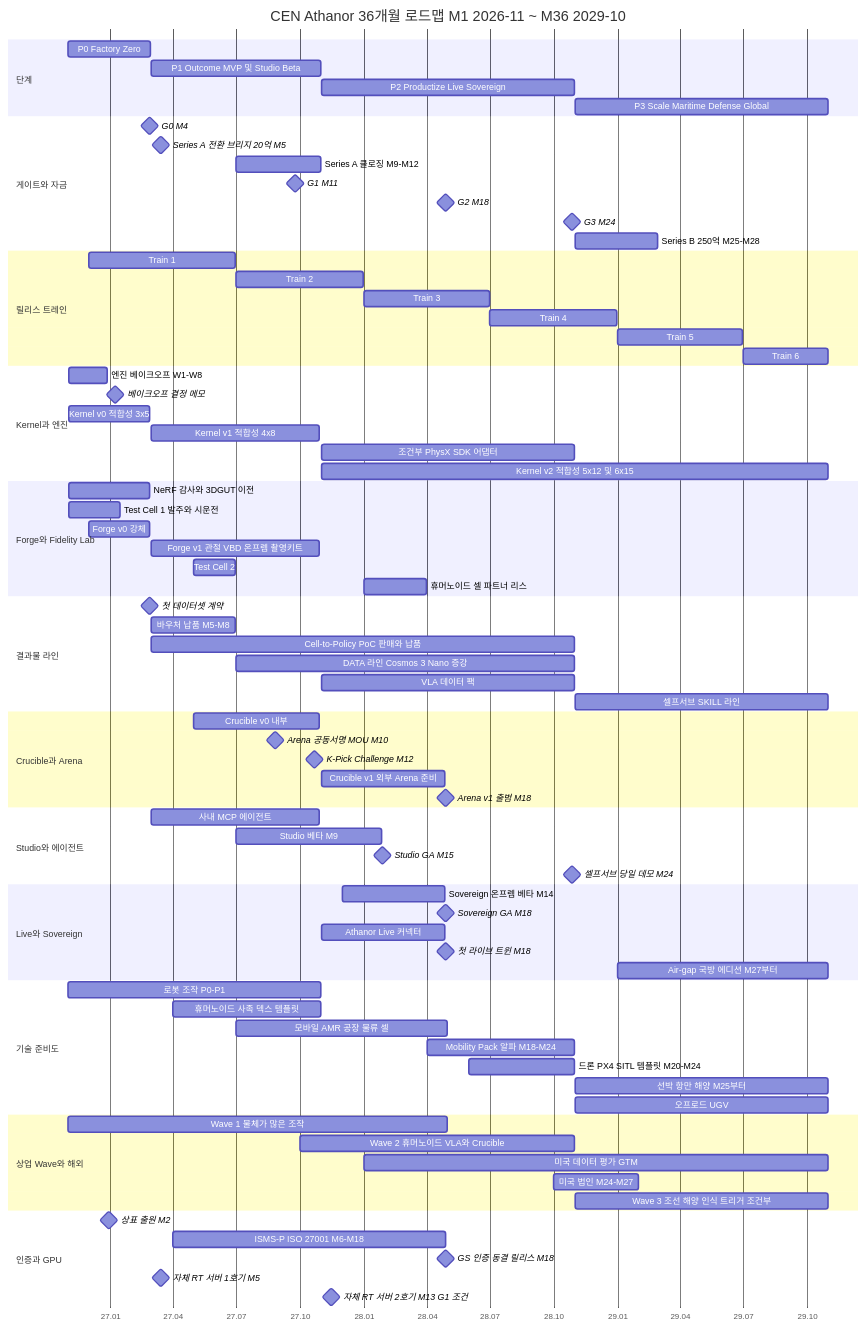
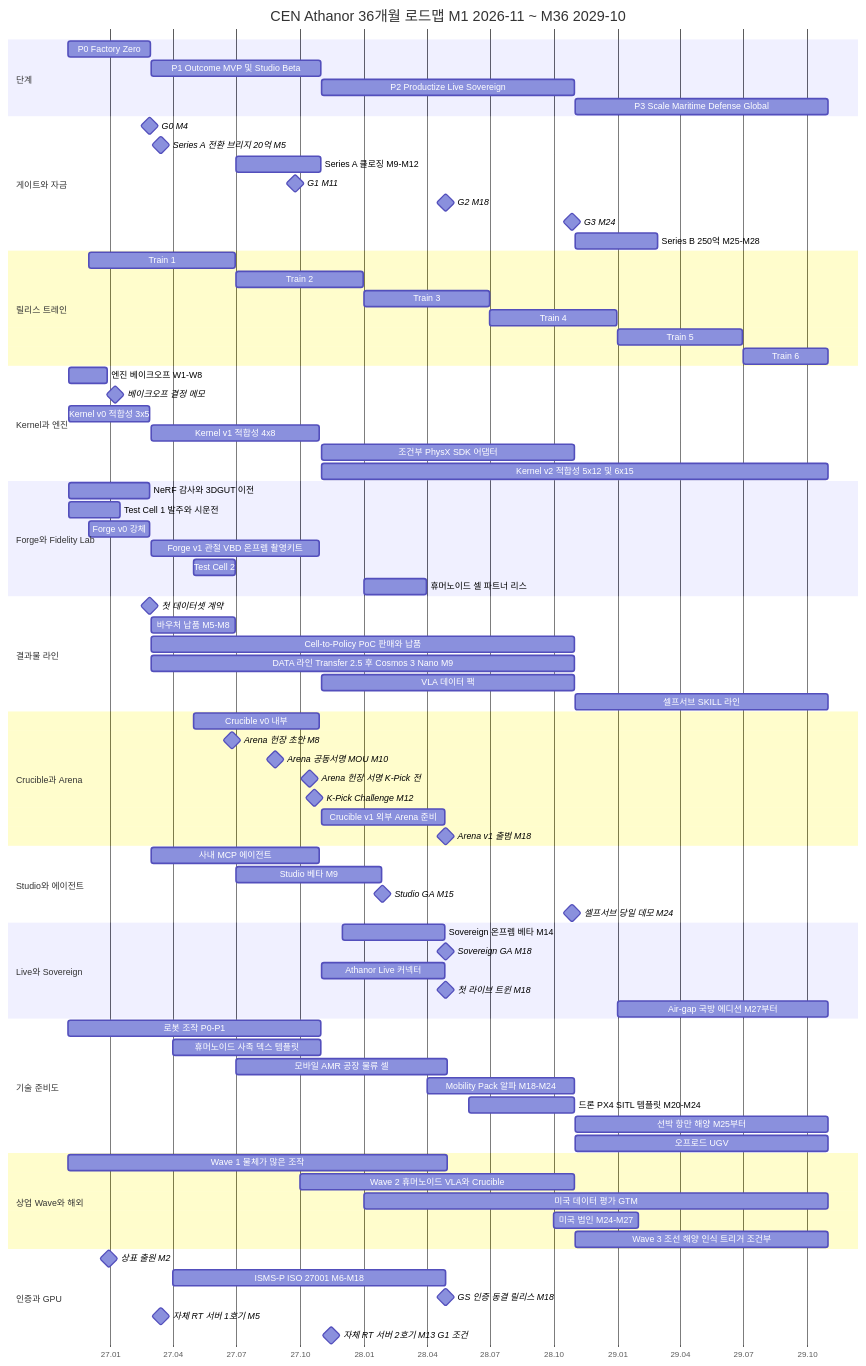
One commit to ouremployeeces-ship-it/AIResearch changed the first of 5 diagrams in docs/digital-twin-platform/09-roadmap-organization-budget.md. Above: the diagram before and after it, drawn with Mermaid. The commit also changed other lines of this file and 14 other files, not shown here.

```diff
--- a/docs/digital-twin-platform/09-roadmap-organization-budget.md
+++ b/docs/digital-twin-platform/09-roadmap-organization-budget.md
@@ -67,12 +84,14 @@
     첫 데이터셋 계약                     :milestone, ds, 2027-02-26, 0d
     바우처 납품 M5-M8                    :vo, 2027-03-01, 2027-06-30
     Cell-to-Policy PoC 판매와 납품       :poc, 2027-03-01, 2028-10-31
-    DATA 라인 Cosmos 3 Nano 증강         :dl, 2027-07-01, 2028-10-31
+    DATA 라인 Transfer 2.5 후 Cosmos 3 Nano M9 :dl, 2027-03-01, 2028-10-31
     VLA 데이터 팩                        :vla, 2027-11-01, 2028-10-31
     셀프서브 SKILL 라인                  :ss, 2028-11-01, 2029-10-31
     section Crucible과 Arena
     Crucible v0 내부                     :cr0, 2027-05-01, 2027-10-29
+    Arena 헌장 초안 M8                   :milestone, ach, 2027-06-25, 0d
     Arena 공동서명 MOU M10               :milestone, mou, 2027-08-27, 0d
+    Arena 헌장 서명 K-Pick 전            :milestone, chs, 2027-10-15, 0d
     K-Pick Challenge M12                 :milestone, kp, 2027-10-22, 0d
     Crucible v1 외부 Arena 준비          :cr1, 2027-11-01, 2028-04-27
     Arena v1 출범 M18                    :milestone, ar1, 2028-04-28, 0d
```
